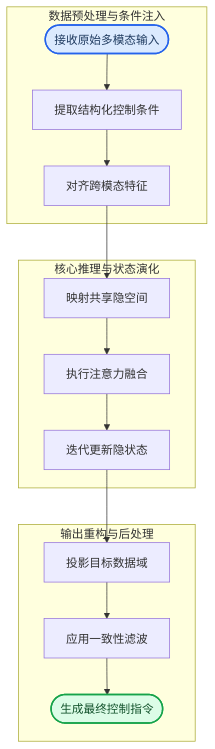
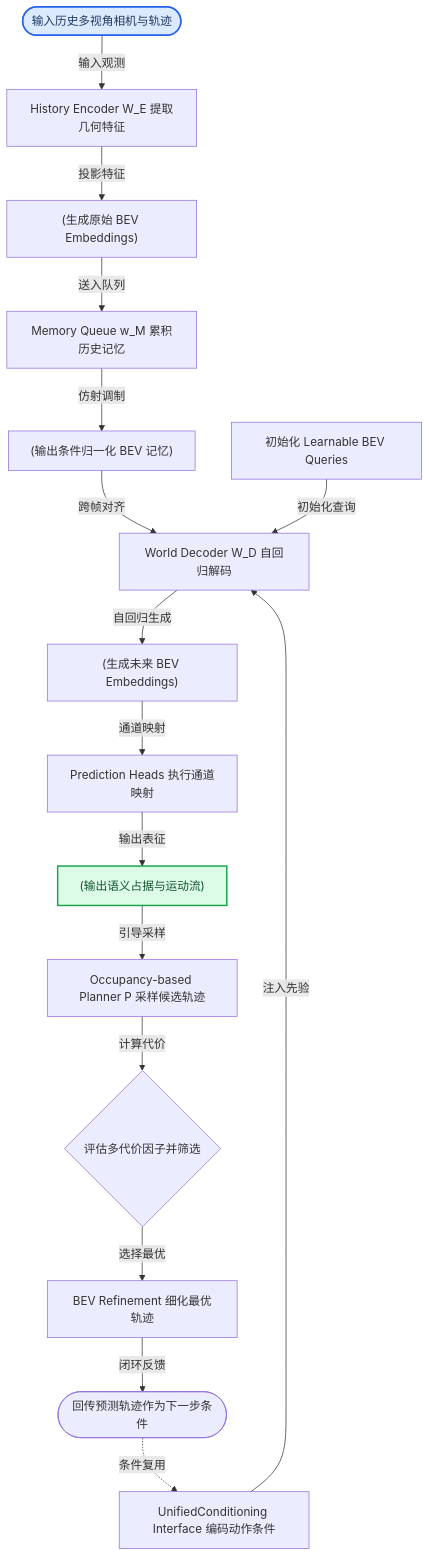
One commit to ShinewineW/paper-rolling changed the third of 10 diagrams in person_vault/2026-06-12_DrivingInTheOccupancyWorldVisionCentric4_2408.14197/report.md. Above: the diagram before and after it, drawn with Mermaid. The commit also changed other lines of this file and 51 other files, not shown here.

````diff
--- a/person_vault/2026-06-12_DrivingInTheOccupancyWorldVisionCentric4_2408.14197/report.md
+++ b/person_vault/2026-06-12_DrivingInTheOccupancyWorldVisionCentric4_2408.14197/report.md
@@ -129,33 +184,24 @@
 ```mermaid
 flowchart TB
-    subgraph data_prep ["数据预处理与条件注入"]
-        raw_input(["接收原始多模态输入"])
-        cond_extract["提取结构化控制条件"]
-        norm_align["对齐跨模态特征"]
-    end
-    subgraph core_engine ["核心推理与状态演化"]
-        latent_map["映射共享隐空间"]
-        attn_fusion["执行注意力融合"]
-        step_update["迭代更新隐状态"]
-    end
-    subgraph output_gen ["输出重构与后处理"]
-        decode_proj["投影目标数据域"]
-        refine_filter["应用一致性滤波"]
-        final_out(["生成最终控制指令"])
-    end
-
-    raw_input --> cond_extract
-    cond_extract --> norm_align
-    norm_align --> latent_map
-    latent_map --> attn_fusion
-    attn_fusion --> step_update
-    step_update --> decode_proj
-    decode_proj --> refine_filter
-    refine_filter --> final_out
+    start_cam(["输入历史多视角相机与轨迹"]) -->|输入观测| w_e["History Encoder W_E 提取几何特征"]
+    w_e -->|投影特征| raw_bev["(生成原始 BEV Embeddings)"]
+    raw_bev -->|送入队列| w_m["Memory Queue w_M 累积历史记忆"]
+    w_m -->|仿射调制| norm_bev["(输出条件归一化 BEV 记忆)"]
+    norm_bev -->|跨帧对齐| w_d["World Decoder W_D 自回归解码"]
+    queries["初始化 Learnable BEV Queries"] -->|初始化查询| w_d
+    cond_iface["UnifiedConditioning Interface 编码动作条件"] -->|注入先验| w_d
+    w_d -->|自回归生成| future_bev["(生成未来 BEV Embeddings)"]
+    future_bev -->|通道映射| heads["Prediction Heads 执行通道映射"]
+    heads -->|输出表征| occ_flow["(输出语义占据与运动流)"]
+    occ_flow -->|引导采样| planner["Occupancy-based Planner P 采样候选轨迹"]
+    planner -->|计算代价| cost_eval{评估多代价因子并筛选}
+    cost_eval -->|选择最优| refined_traj["BEV Refinement 细化最优轨迹"]
+    refined_traj -->|闭环反馈| next_cond(["回传预测轨迹作为下一步条件"])
+    next_cond -.->|条件复用| cond_iface
 
     classDef required fill:#dbeafe,stroke:#2563eb,stroke-width:2px,color:#1e3a5f
     classDef output fill:#dcfce7,stroke:#16a34a,stroke-width:2px,color:#14532d
     classDef optional fill:#fef9c3,stroke:#ca8a04,stroke-width:2px,color:#713f12
-    class raw_input required
-    class final_out output
+    class start_cam required
+    class occ_flow output
 ```
````
